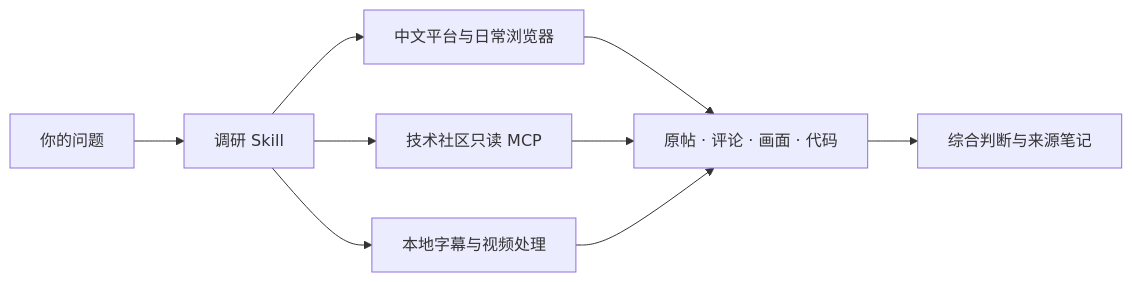
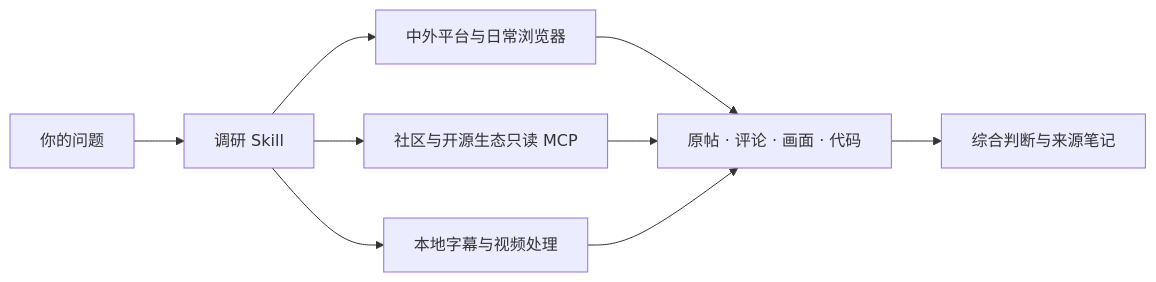
The diagram in README.md (Aurantium-47/OpenInquire), drawn with Mermaid before and after one commit. The commit also changed other lines of this file and 4 other files, not shown here.

````diff
--- a/README.md
+++ b/README.md
@@ -86,11 +103,11 @@
 ```mermaid
 flowchart LR
     Q[你的问题] --> S[调研 Skill]
-    S --> W[中文平台与日常浏览器]
-    S --> M[技术社区只读 MCP]
+    S --> W[中外平台与日常浏览器]
+    S --> M[社区与开源生态只读 MCP]
     S --> V[本地字幕与视频处理]
     W --> E[原帖 · 评论 · 画面 · 代码]
     M --> E
     V --> E
     E --> R[综合判断与来源笔记]
 ```
````
